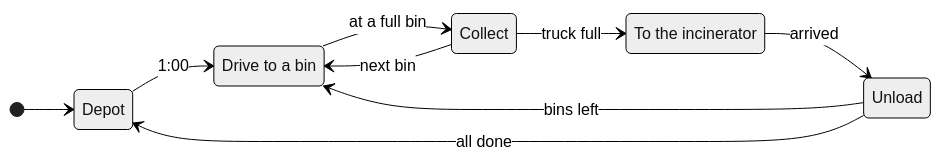
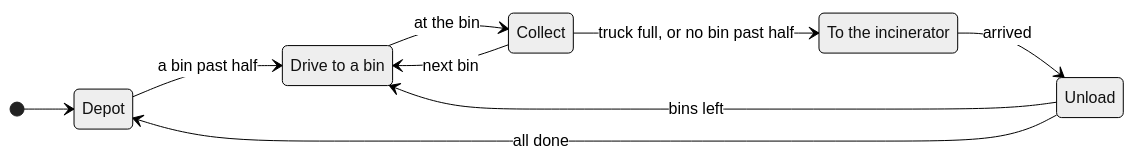
One commit to melody1030/Procedure-World-Building changed the sixth of 7 diagrams in docs/techniques/agents.md. Above: the diagram before and after it, drawn with Mermaid (neutral theme). The commit also changed other lines of this file and 30 other files, not shown here.

````diff
--- a/docs/techniques/agents.md
+++ b/docs/techniques/agents.md
@@ -151,17 +159,17 @@
 ```mermaid
 stateDiagram-v2
   direction LR
   state "Depot" as Depot
   state "Drive to a bin" as Drive
   state "Collect" as Collect
   state "To the incinerator" as Haul
   state "Unload" as Unload
   [*] --> Depot
-  Depot --> Drive : 1:00
-  Drive --> Collect : at a full bin
+  Depot --> Drive : a bin past half
+  Drive --> Collect : at the bin
   Collect --> Drive : next bin
-  Collect --> Haul : truck full
+  Collect --> Haul : truck full, or no bin past half
   Haul --> Unload : arrived
   Unload --> Drive : bins left
   Unload --> Depot : all done
 ```
````
